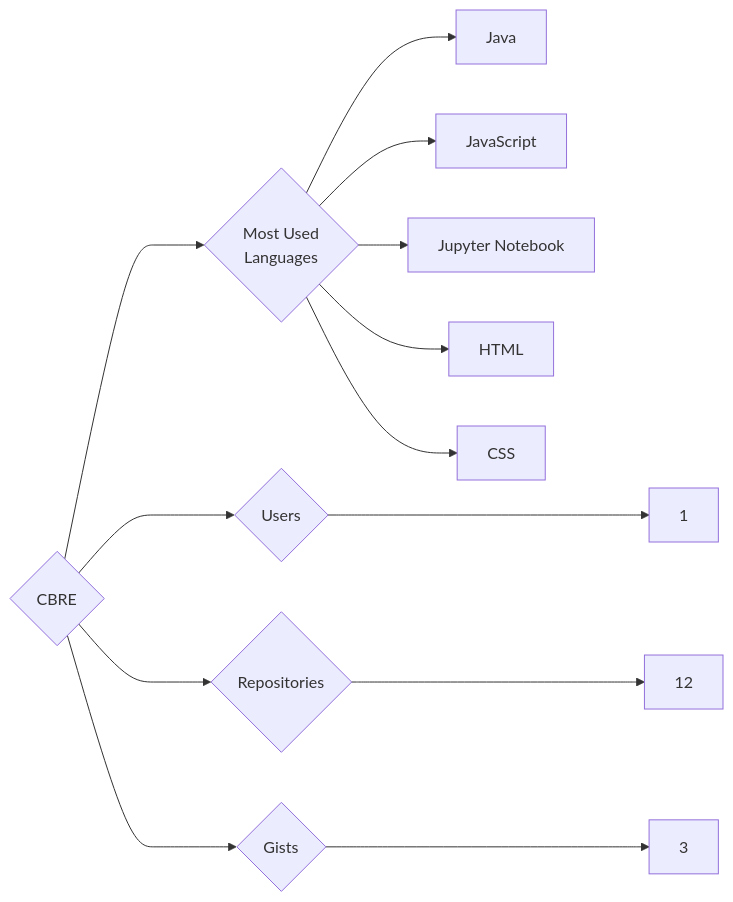
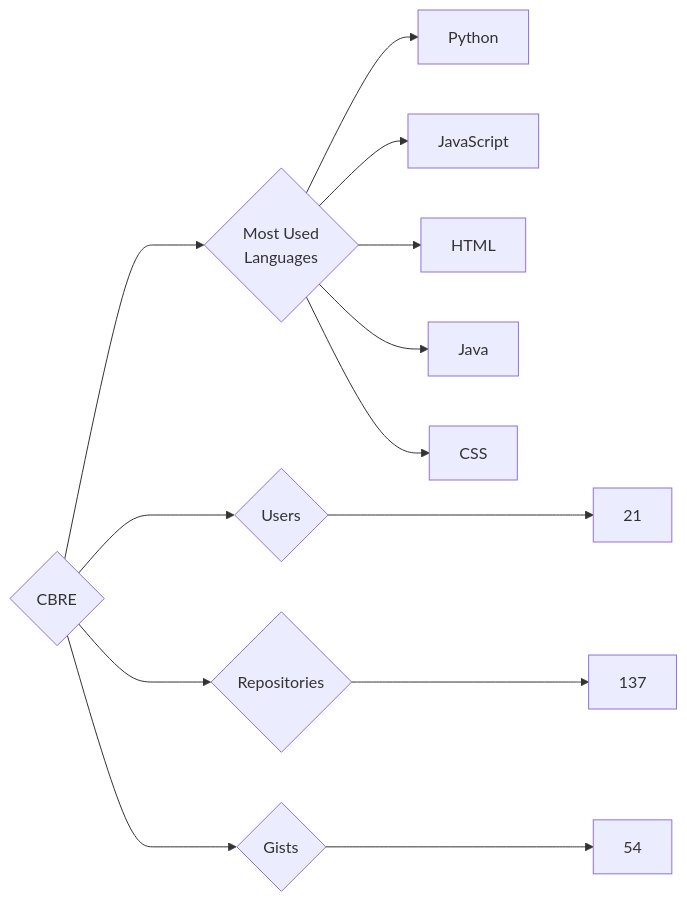
Before and after one commit to trickest/insiders: the diagram in targets/CBRE/README.md, drawn with Mermaid. The commit also changed 924 other files, not shown here.

````diff
--- a/targets/CBRE/README.md
+++ b/targets/CBRE/README.md
@@ -3,13 +3,13 @@
 ```mermaid
 graph LR
 COMPANY_NAME{CBRE}
-COMPANY_NAME ---> U{Users} ---> UN[1]
-COMPANY_NAME ---> R{Repositories} ---> RN[12]
-COMPANY_NAME ---> G{Gists} ---> GN[3]
+COMPANY_NAME ---> U{Users} ---> UN[21]
+COMPANY_NAME ---> R{Repositories} ---> RN[137]
+COMPANY_NAME ---> G{Gists} ---> GN[54]
 COMPANY_NAME ---> ML{Most Used<br>Languages}
+ML --> Python[Python]
+ML --> JavaScript[JavaScript]
+ML --> HTML[HTML]
 ML --> Java[Java]
-ML --> JavaScript[JavaScript]
-ML --> Jupyter_Notebook[Jupyter Notebook]
-ML --> HTML[HTML]
 ML --> CSS[CSS]
 ```
````
